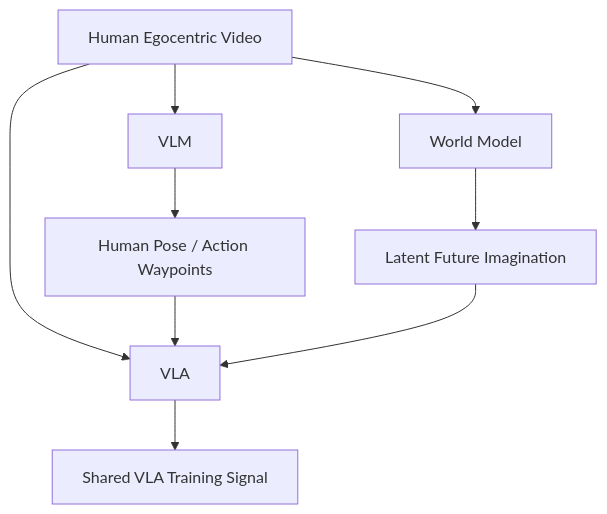
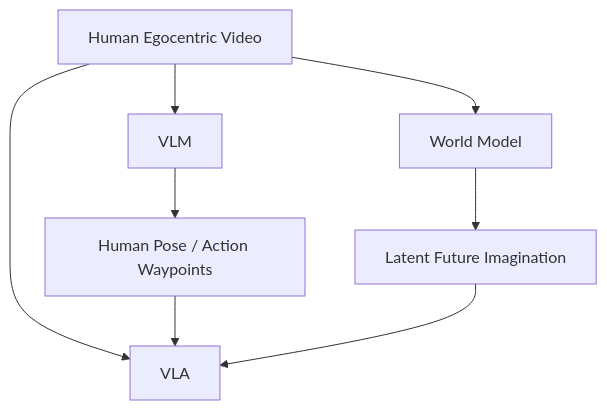
Before and after one commit to Freelunch-AI/freelunch-ide: the second of 13 diagrams in docs/specs/post-demo/lunch_robotics.md, drawn with Mermaid. The commit also changed other lines of this file, not shown here.

````diff
--- a/docs/specs/post-demo/lunch_robotics.md
+++ b/docs/specs/post-demo/lunch_robotics.md
@@ -383,15 +226,13 @@
 ```mermaid
 flowchart TD
     A["Human Egocentric Video"] --> B["VLM"]
     B --> C["Human Pose / Action Waypoints"]
 
     A --> D["World Model"]
     D --> E["Latent Future Imagination"]
 
     A --> F["VLA"]
 
     C --> F
     E --> F
-
-    F --> G["Shared VLA Training Signal"]
 ```
````
